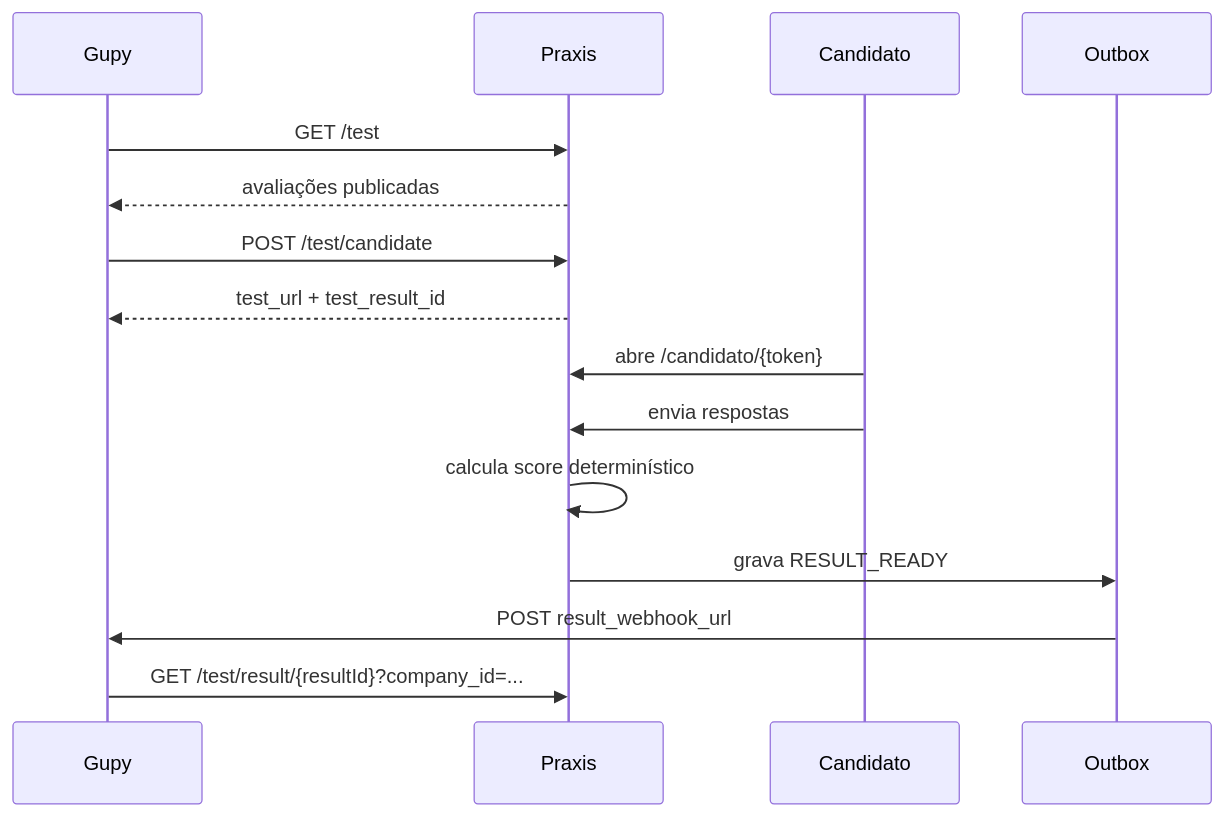
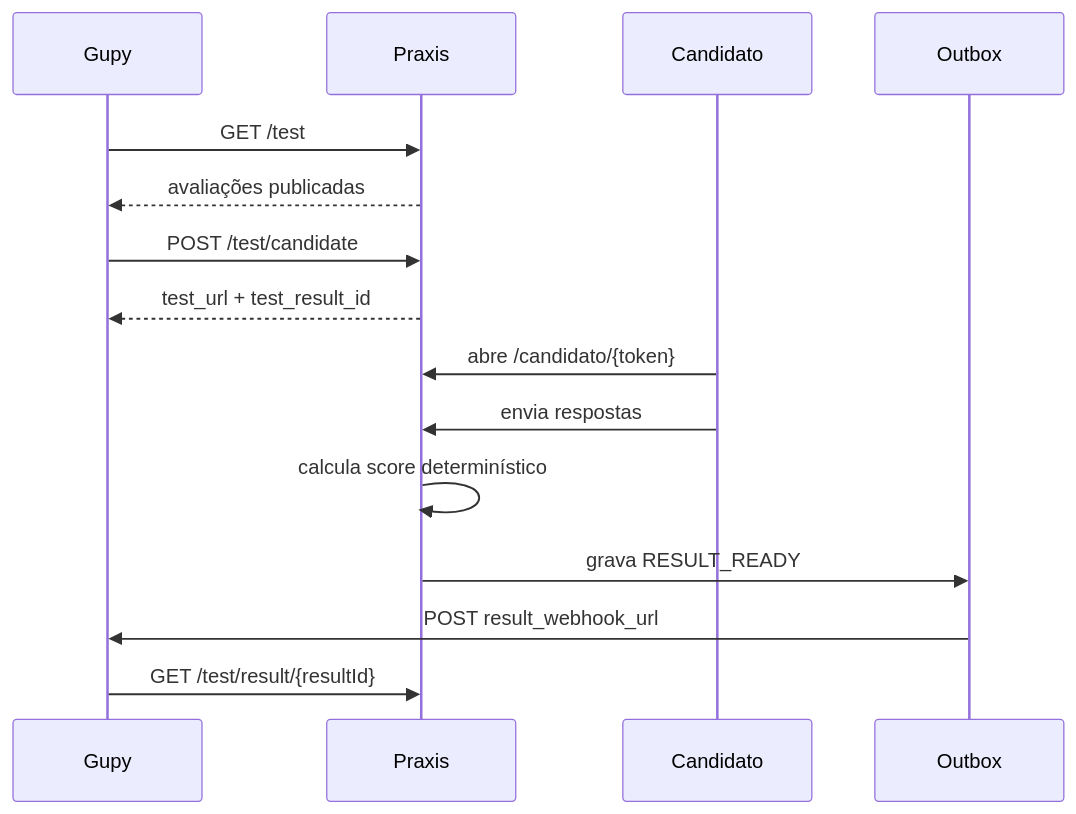
One commit to diogo2806/praxis changed the first of 2 diagrams in docs/INTEGRACAO-GUPY-PROVEDOR.md. Above: the diagram before and after it, drawn with Mermaid. The commit also changed other lines of this file and 7 other files, not shown here.

````diff
--- a/docs/INTEGRACAO-GUPY-PROVEDOR.md
+++ b/docs/INTEGRACAO-GUPY-PROVEDOR.md
@@ -221,18 +220,18 @@
 ```mermaid
 sequenceDiagram
   participant Gupy
   participant Praxis
   participant Candidato
   participant Outbox
 
   Gupy->>Praxis: GET /test
   Praxis-->>Gupy: avaliações publicadas
   Gupy->>Praxis: POST /test/candidate
   Praxis-->>Gupy: test_url + test_result_id
   Candidato->>Praxis: abre /candidato/{token}
   Candidato->>Praxis: envia respostas
   Praxis->>Praxis: calcula score determinístico
   Praxis->>Outbox: grava RESULT_READY
   Outbox->>Gupy: POST result_webhook_url
-  Gupy->>Praxis: GET /test/result/{resultId}?company_id=...
+  Gupy->>Praxis: GET /test/result/{resultId}
 ```
````
